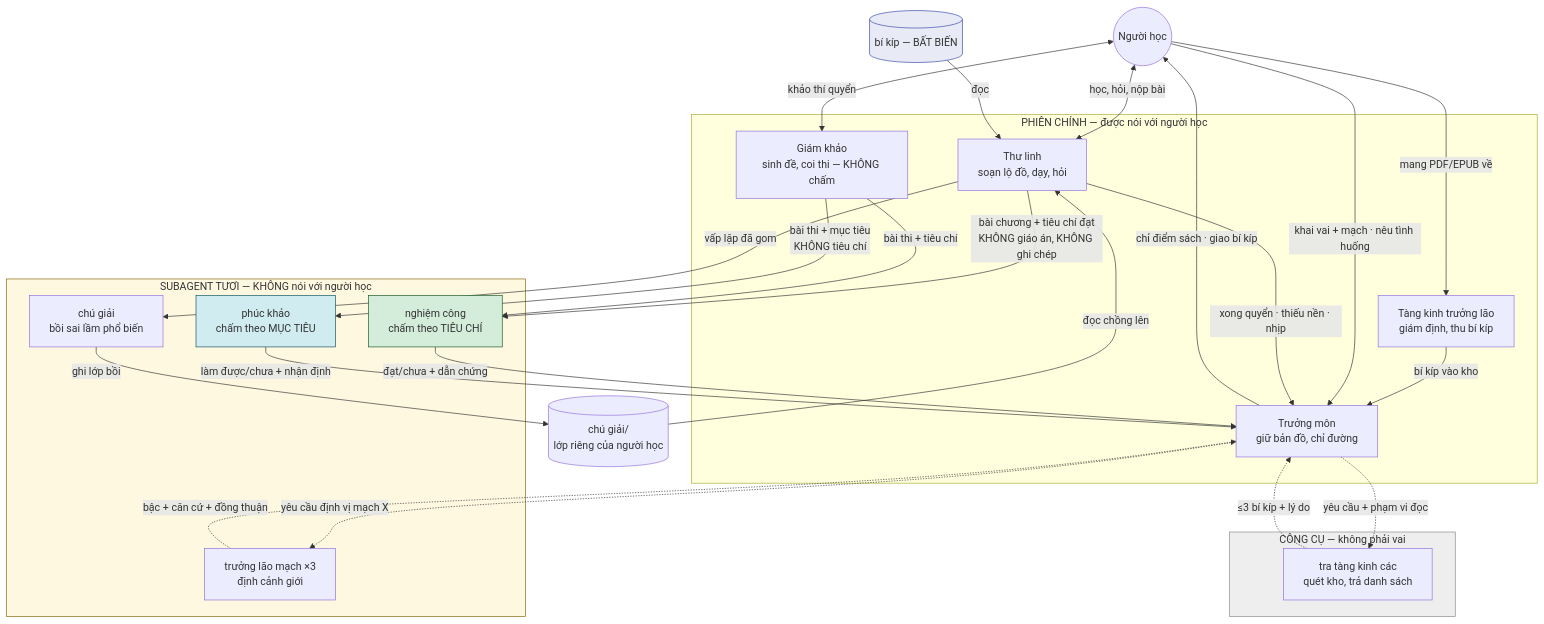
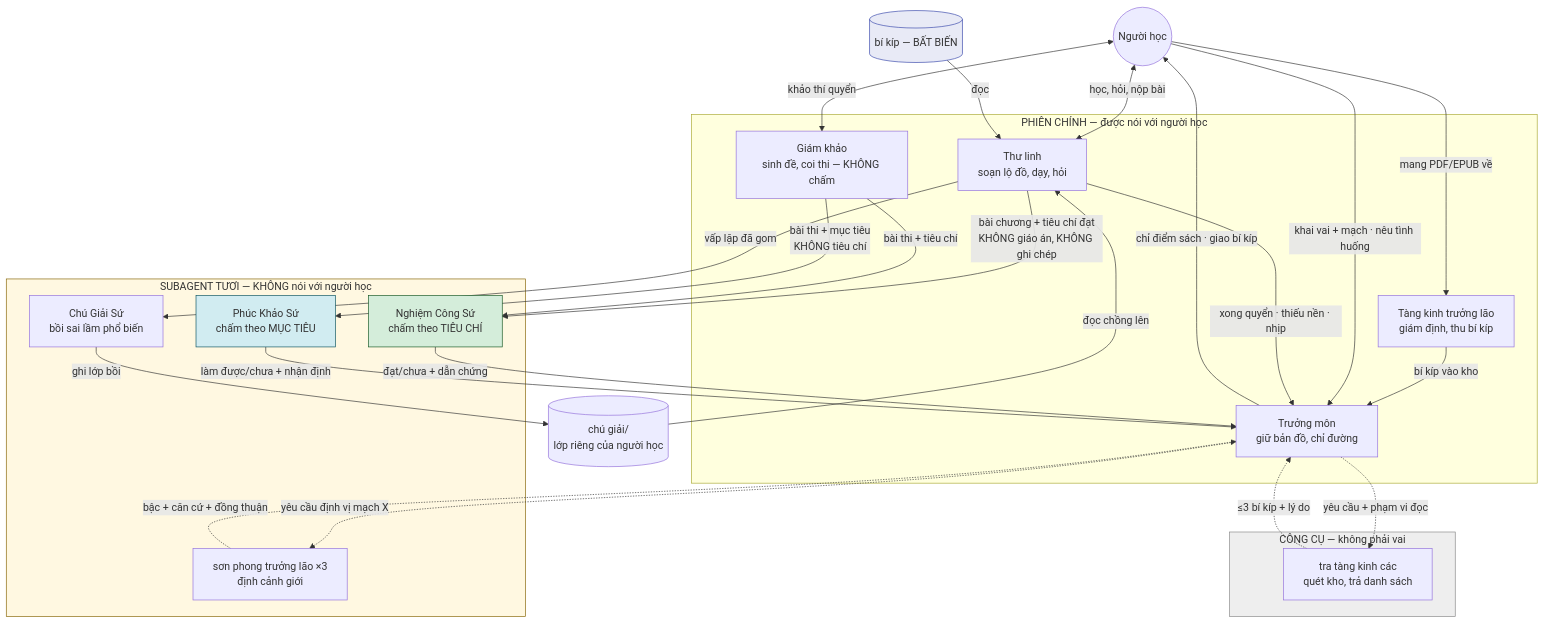
Before and after one commit to hanh9898/van-dao-workspace: the third of 13 diagrams in docs/VAN-DAO-dac-ta-v1.0.md, drawn with Mermaid. The commit also changed other lines of this file and 1 other file, not shown here.

````diff
--- a/docs/VAN-DAO-dac-ta-v1.0.md
+++ b/docs/VAN-DAO-dac-ta-v1.0.md
@@ -285,53 +285,53 @@
 ```mermaid
 flowchart TD
     NH(("Người học"))
 
     subgraph CHINH["PHIÊN CHÍNH — được nói với người học"]
         TM["Trưởng môn<br/>giữ bản đồ, chỉ đường"]
         TK["Tàng kinh trưởng lão<br/>giám định, thu bí kíp"]
         TL["Thư linh<br/>soạn lộ đồ, dạy, hỏi"]
         GK["Giám khảo<br/>sinh đề, coi thi — KHÔNG chấm"]
     end
 
     subgraph TUOI["SUBAGENT TƯƠI — KHÔNG nói với người học"]
-        NC["nghiệm công<br/>chấm theo TIÊU CHÍ"]
-        PK["phúc khảo<br/>chấm theo MỤC TIÊU"]
-        TLAO["trưởng lão mạch ×3<br/>định cảnh giới"]
-        CG["chú giải<br/>bồi sai lầm phổ biến"]
+        NC["Nghiệm Công Sứ<br/>chấm theo TIÊU CHÍ"]
+        PK["Phúc Khảo Sứ<br/>chấm theo MỤC TIÊU"]
+        TLAO["sơn phong trưởng lão ×3<br/>định cảnh giới"]
+        CG["Chú Giải Sứ<br/>bồi sai lầm phổ biến"]
     end
 
     subgraph CONGCU["CÔNG CỤ — không phải vai"]
         TKC["tra tàng kinh các<br/>quét kho, trả danh sách"]
     end
 
     NH -->|"mang PDF/EPUB về"| TK
     TK -->|"bí kíp vào kho"| TM
     NH -->|"khai vai + mạch · nêu tình huống"| TM
     TM -->|"chỉ điểm sách · giao bí kíp"| NH
     NH <-->|"học, hỏi, nộp bài"| TL
 
     TM -.->|"yêu cầu + phạm vi đọc"| TKC
     TKC -.->|"≤3 bí kíp + lý do"| TM
 
     TL -->|"bài chương + tiêu chí đạt<br/>KHÔNG giáo án, KHÔNG ghi chép"| NC
     NH <-->|"khảo thí quyển"| GK
     GK -->|"bài thi + tiêu chí"| NC
     GK -->|"bài thi + mục tiêu<br/>KHÔNG tiêu chí"| PK
     NC -->|"đạt/chưa + dẫn chứng"| TM
     PK -->|"làm được/chưa + nhận định"| TM
 
     TL -->|"xong quyển · thiếu nền · nhịp"| TM
     TM -.->|"yêu cầu định vị mạch X"| TLAO
     TLAO -.->|"bậc + căn cứ + đồng thuận"| TM
 
     TL -->|"vấp lặp đã gom"| CG
     CG -->|"ghi lớp bồi"| LB[("chú giải/<br/>lớp riêng của người học")]
     BK[("bí kíp — BẤT BIẾN")] -->|"đọc"| TL
     LB -->|"đọc chồng lên"| TL
 
     style TUOI fill:#fff8e1,stroke:#856404
     style CONGCU fill:#eeeeee,stroke:#888
     style BK fill:#e8eaf6,stroke:#3949ab
     style NC fill:#d4edda,stroke:#155724
     style PK fill:#d1ecf1,stroke:#0c5460
 ```
````
